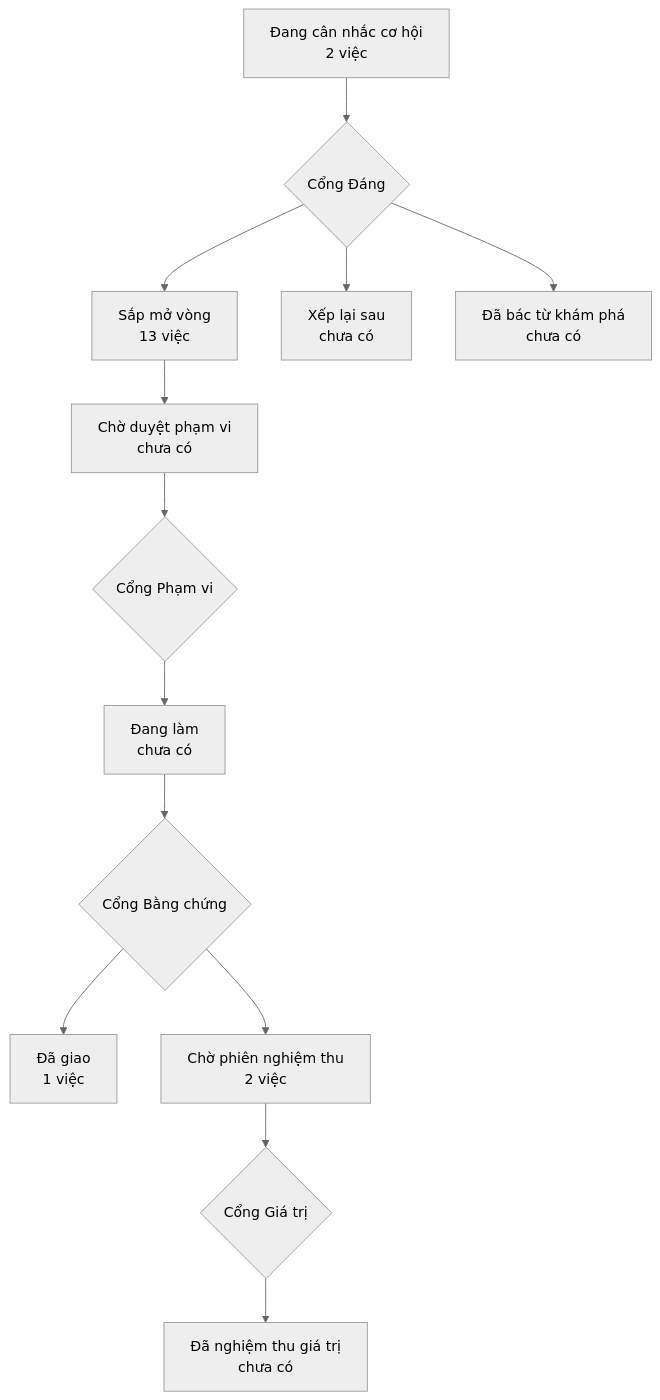
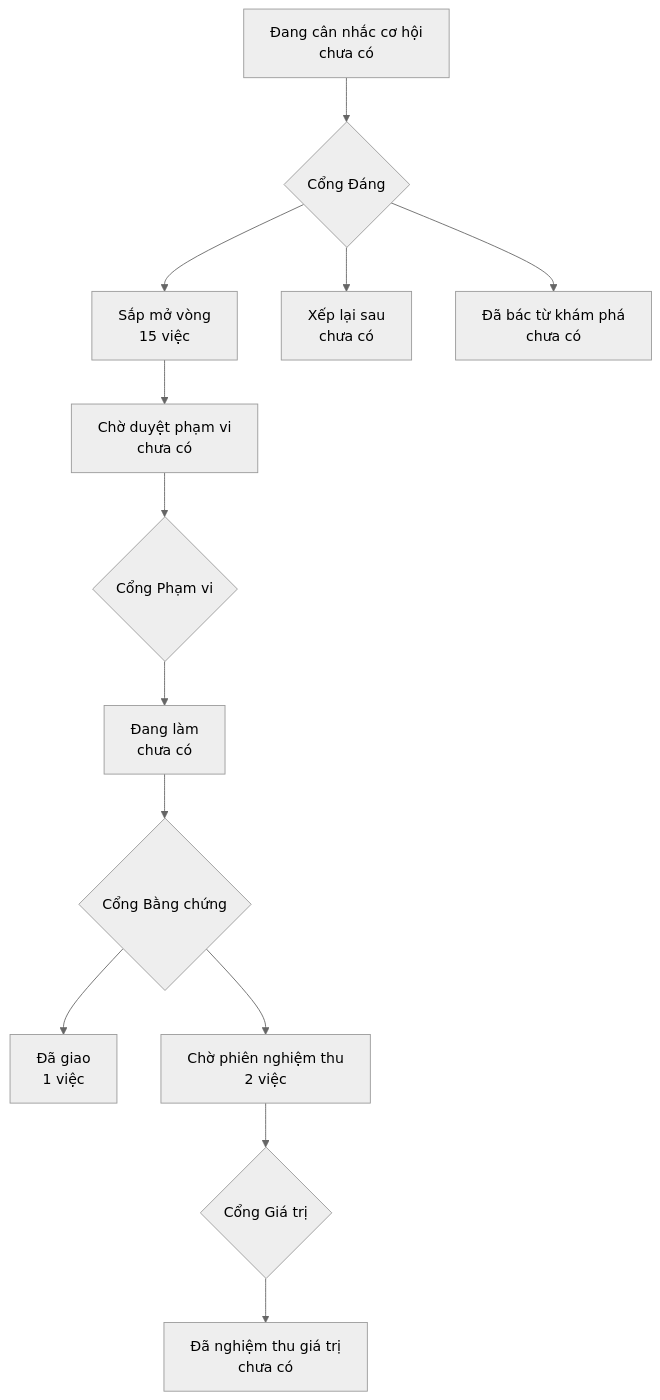
The diagram in PRODUCT-MAP.md (phanlemanh/onehub-inventory), drawn with Mermaid (neutral theme) before and after one commit. The commit also changed other lines of this file and 3 other files, not shown here.

````diff
--- a/PRODUCT-MAP.md
+++ b/PRODUCT-MAP.md
@@ -7,12 +7,12 @@
 ```mermaid
 flowchart TD
-  A["Đang cân nhắc cơ hội<br/>2 việc"] --> GD{"Cổng Đáng"}
-  GD --> B["Sắp mở vòng<br/>13 việc"]
+  A["Đang cân nhắc cơ hội<br/>chưa có"] --> GD{"Cổng Đáng"}
+  GD --> B["Sắp mở vòng<br/>15 việc"]
   GD --> XL["Xếp lại sau<br/>chưa có"]
   GD --> DB["Đã bác từ khám phá<br/>chưa có"]
   B --> CD["Chờ duyệt phạm vi<br/>chưa có"] --> GP{"Cổng Phạm vi"}
   GP --> DL["Đang làm<br/>chưa có"] --> GB{"Cổng Bằng chứng"}
   GB --> DG["Đã giao<br/>1 việc"]
   GB --> CN["Chờ phiên nghiệm thu<br/>2 việc"] --> GG{"Cổng Giá trị"}
   GG --> NT["Đã nghiệm thu giá trị<br/>chưa có"]
 ```
````
